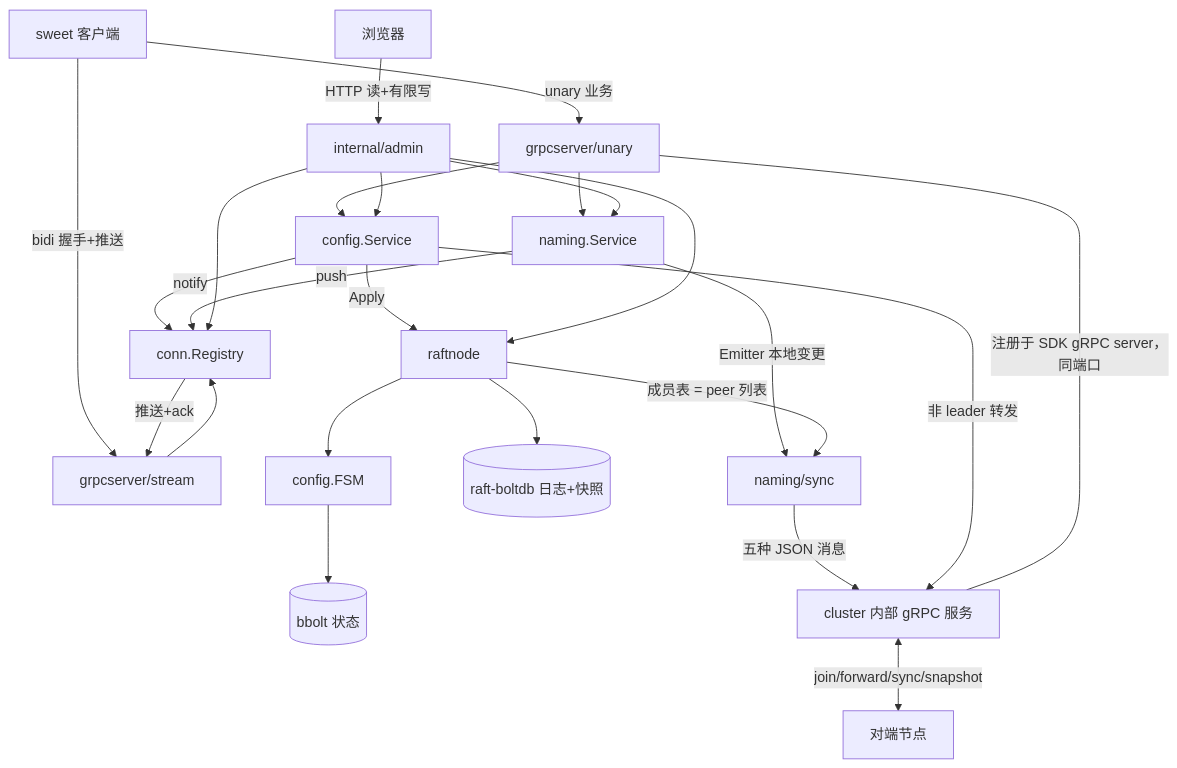
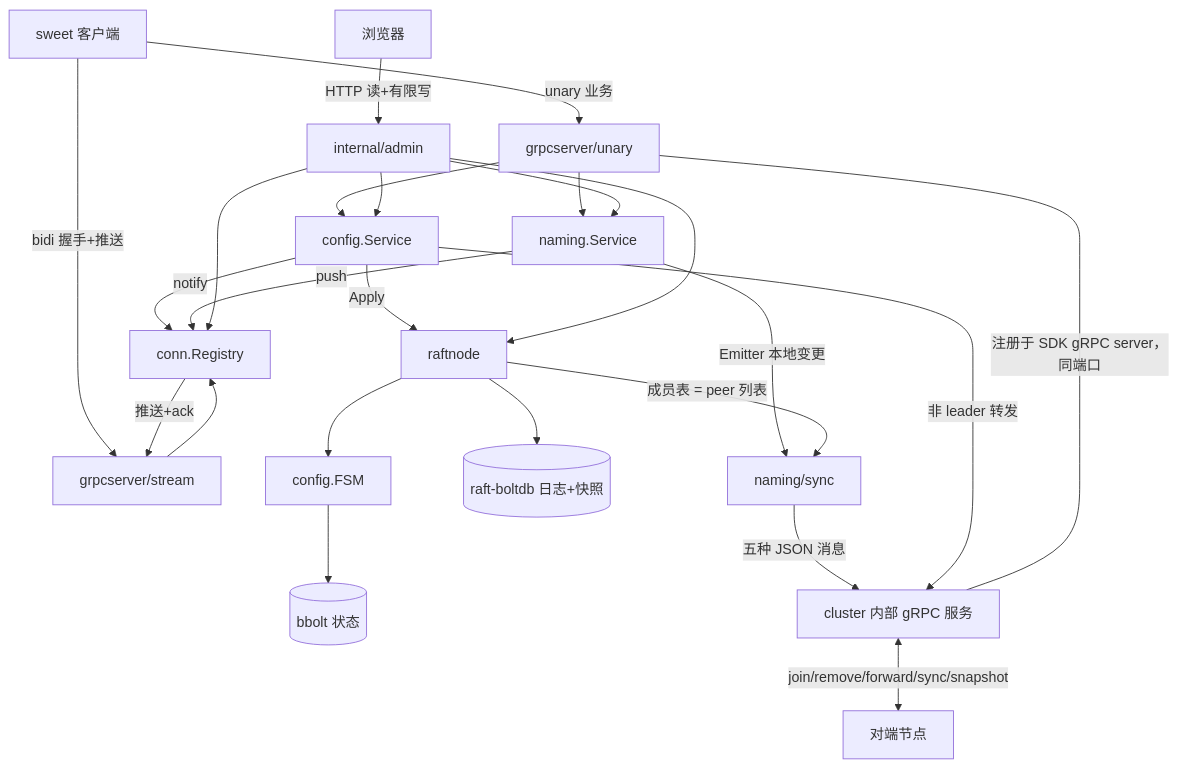
Before and after one commit to javahongxi/go-nacos: the diagram in doc/design.md, drawn with Mermaid. The commit also changed other lines of this file and 9 other files, not shown here.

````diff
--- a/doc/design.md
+++ b/doc/design.md
@@ -31,26 +31,26 @@
 ```mermaid
 graph TD
     C[sweet 客户端] -->|unary 业务| U[grpcserver/unary]
     C -->|bidi 握手+推送| S[grpcserver/stream]
     U --> CFG[config.Service]
     U --> NAM[naming.Service]
     S --> CONN[conn.Registry]
     CFG -->|Apply| RAFT[raftnode]
     RAFT --> FSM[config.FSM]
     FSM --> BB[(bbolt 状态)]
     RAFT --> LOG[(raft-boltdb 日志+快照)]
     CFG -->|notify| CONN
     NAM -->|push| CONN
     CONN -->|推送+ack| S
     NAM -->|Emitter 本地变更| NS[naming/sync]
     NS -->|五种 JSON 消息| CL[cluster 内部 gRPC 服务]
     CFG -->|非 leader 转发| CL
     CL ---|注册于 SDK gRPC server，同端口| U
-    CL <-->|join/forward/sync/snapshot| P[对端节点]
+    CL <-->|join/remove/forward/sync/snapshot| P[对端节点]
     RAFT -->|成员表 = peer 列表| NS
     B[浏览器] -->|HTTP 读+有限写| ADM[internal/admin]
     ADM --> CFG
     ADM --> NAM
     ADM --> CONN
     ADM --> RAFT
 ```
````
